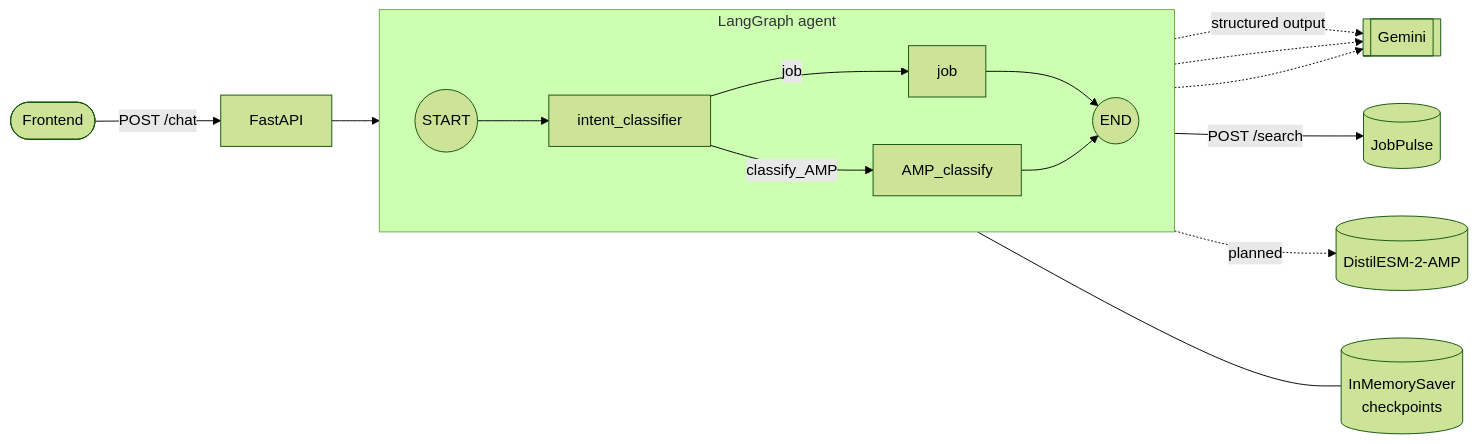
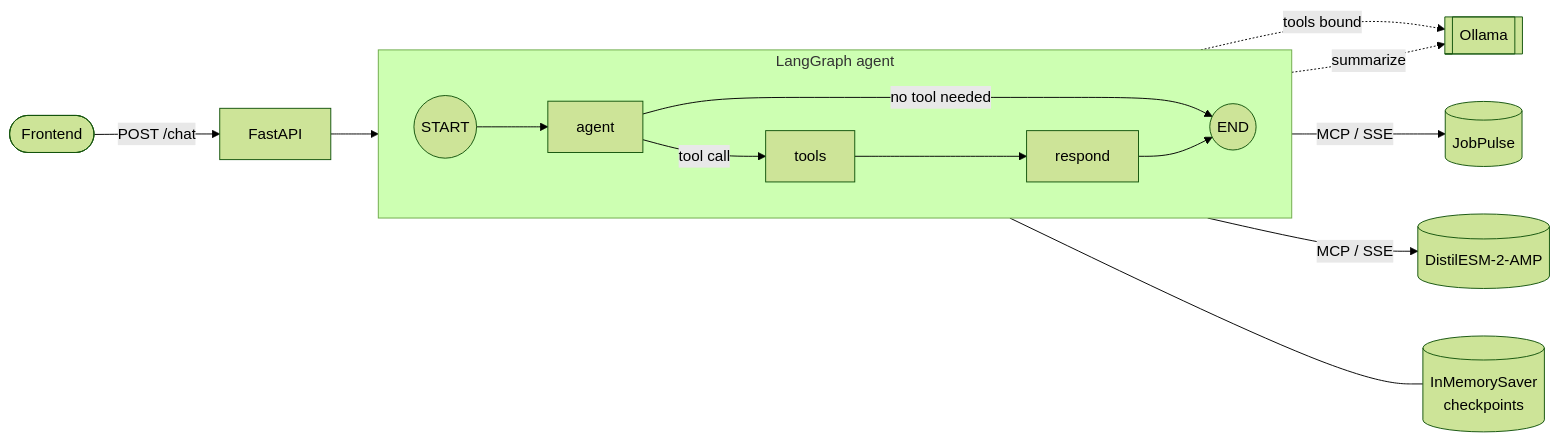
One commit to nakorn-b/pla-agent changed the diagram in README.md. Above: the diagram before and after it, drawn with Mermaid (forest theme). The commit also changed other lines of this file and 6 other files, not shown here.

````diff
--- a/README.md
+++ b/README.md
@@ -19,21 +34,20 @@
 ```mermaid
 flowchart LR
     client(["Frontend"]) -->|"POST /chat"| api["FastAPI"]
     api --> agent
 
     subgraph agent["LangGraph agent"]
         direction LR
-        start((START)) --> classifier["intent_classifier"]
-        classifier -->|"job"| job["job"]
-        classifier -->|"classify_AMP"| amp["AMP_classify"]
-        job --> finish((END))
-        amp --> finish
+        start((START)) --> llmnode["agent"]
+        llmnode -->|"tool call"| tools["tools"]
+        llmnode -->|"no tool needed"| finish((END))
+        tools --> respond["respond"]
+        respond --> finish
     end
 
-    classifier -. "structured output" .-> llm[["Gemini"]]
-    job -.-> llm
-    amp -.-> llm
-    job -->|"POST /search"| jobpulse[("JobPulse")]
-    amp -. "planned" .-> esm[("DistilESM-2-AMP")]
+    llmnode -. "tools bound" .-> llm[["Ollama"]]
+    respond -. "summarize" .-> llm
+    tools -->|"MCP / SSE"| jobpulse[("JobPulse")]
+    tools -->|"MCP / SSE"| esm[("DistilESM-2-AMP")]
     agent --- memory[("InMemorySaver<br/>checkpoints")]
 ```
````
